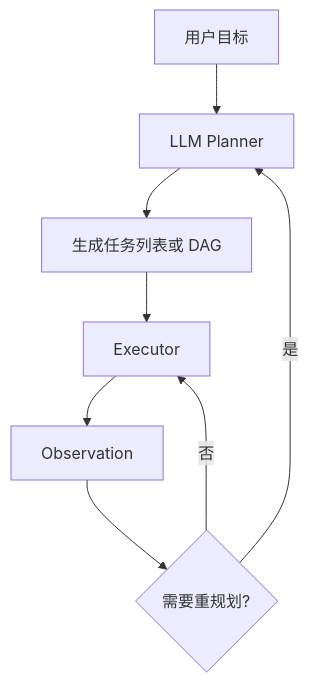
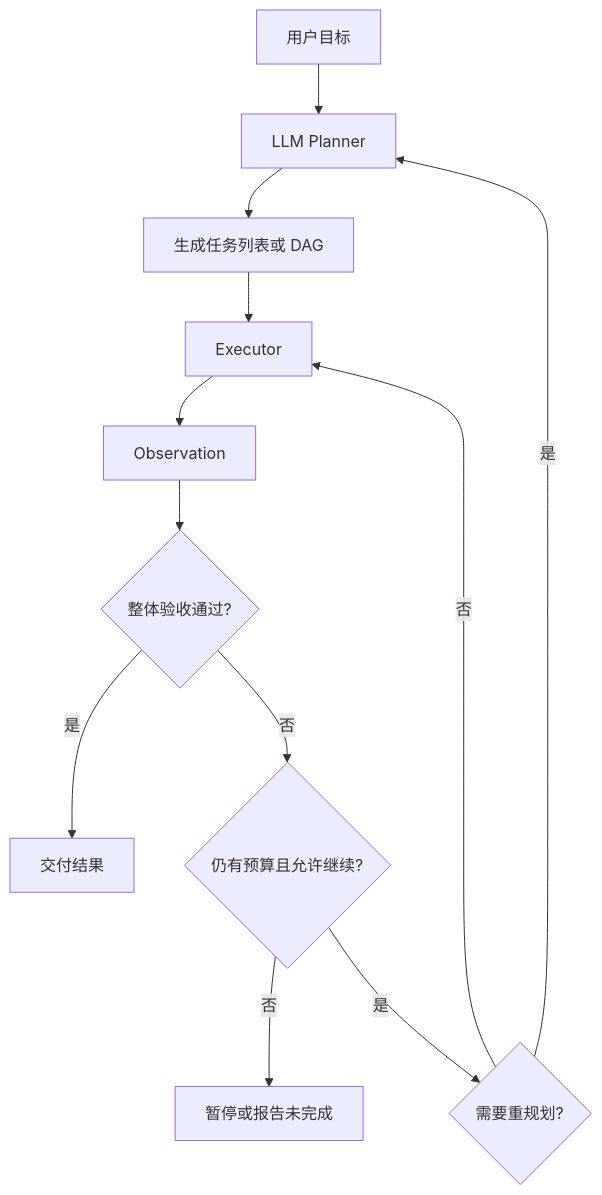
The fourth of 16 diagrams in docs/agent/02-reasoning-planning/06-task-decomposition.md (oneleaveknowsthefall/awesome-ai-roadmap), drawn with Mermaid before and after one commit. The commit also changed other lines of this file and 34 other files, not shown here.

````diff
--- a/docs/agent/02-reasoning-planning/06-task-decomposition.md
+++ b/docs/agent/02-reasoning-planning/06-task-decomposition.md
@@ -262,10 +269,14 @@
 ```mermaid
 flowchart TB
     G[用户目标] --> P[LLM Planner]
     P --> PLAN[生成任务列表或 DAG]
     PLAN --> E[Executor]
     E --> O[Observation]
-    O --> RP{需要重规划?}
+    O --> DONE{整体验收通过?}
+    DONE -->|是| OUT[交付结果]
+    DONE -->|否| LIMIT{仍有预算且允许继续?}
+    LIMIT -->|否| STOP[暂停或报告未完成]
+    LIMIT -->|是| RP{需要重规划?}
     RP -->|否| E
     RP -->|是| P
 ```
````
